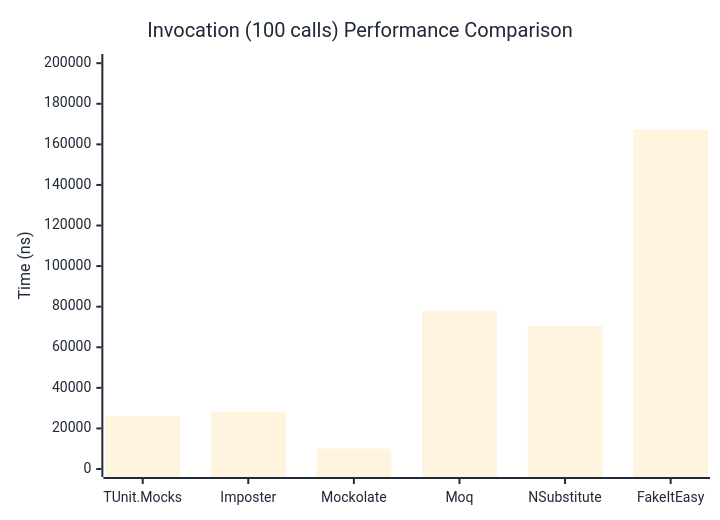
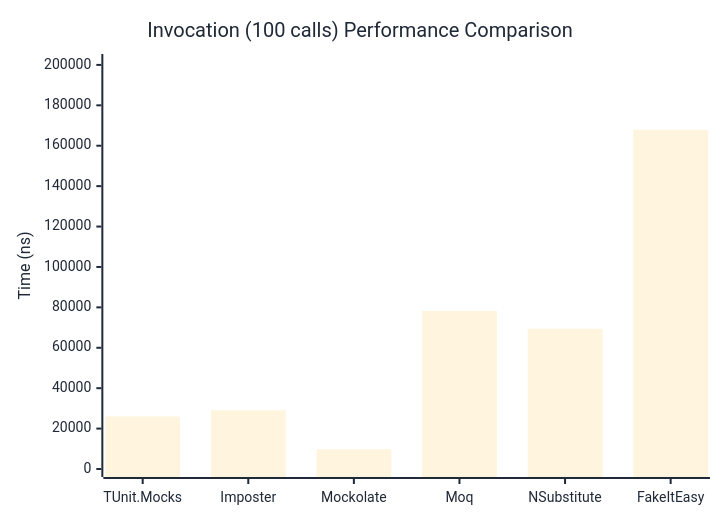
Before and after one commit to thomhurst/TUnit: the third of 3 diagrams in docs/docs/benchmarks/mocks/Invocation.md, drawn with Mermaid. The commit also changed other lines of this file and 14 other files, not shown here.

````diff
--- a/docs/docs/benchmarks/mocks/Invocation.md
+++ b/docs/docs/benchmarks/mocks/Invocation.md
@@ -110,27 +110,27 @@
 ```mermaid
 %%{init: {
   'theme':'base',
   'themeVariables': {
     'primaryColor': '#2563eb',
     'primaryTextColor': '#1f2937',
     'primaryBorderColor': '#1e40af',
     'lineColor': '#6b7280',
     'secondaryColor': '#7c3aed',
     'tertiaryColor': '#dc2626',
     'background': '#ffffff',
     'pie1': '#2563eb',
     'pie2': '#7c3aed',
     'pie3': '#dc2626',
     'pie4': '#f59e0b',
     'pie5': '#10b981',
     'pie6': '#06b6d4',
     'pie7': '#ec4899',
     'pie8': '#6366f1'
   }
 }}%%
 xychart-beta
   title "Invocation (100 calls) Performance Comparison"
   x-axis ["TUnit.Mocks", "Imposter", "Mockolate", "Moq", "NSubstitute", "FakeItEasy"]
-  y-axis "Time (ns)" 0 --> 200590
-  bar [25914.65, 28381.28, 10029.83, 78131.06, 70476.07, 167158.2]
+  y-axis "Time (ns)" 0 --> 201440
+  bar [25979.39, 29063.61, 9783.73, 78221.85, 69453.97, 167866.12]
 ```
````
